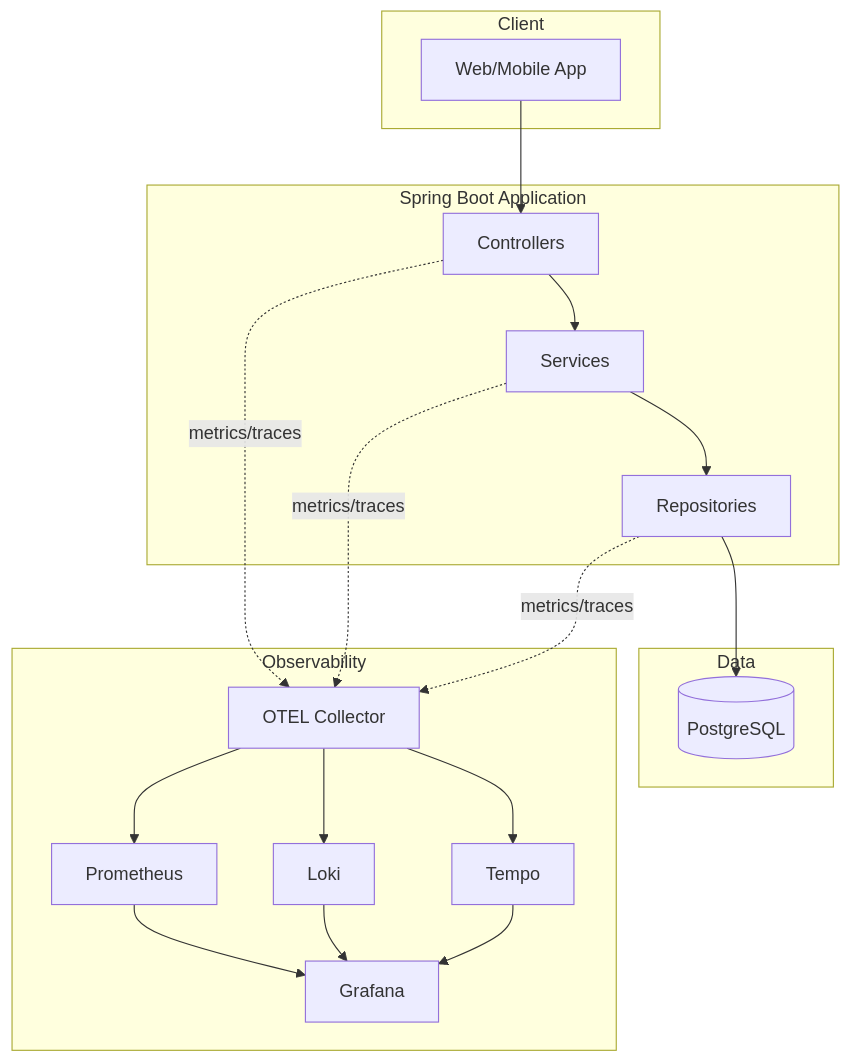
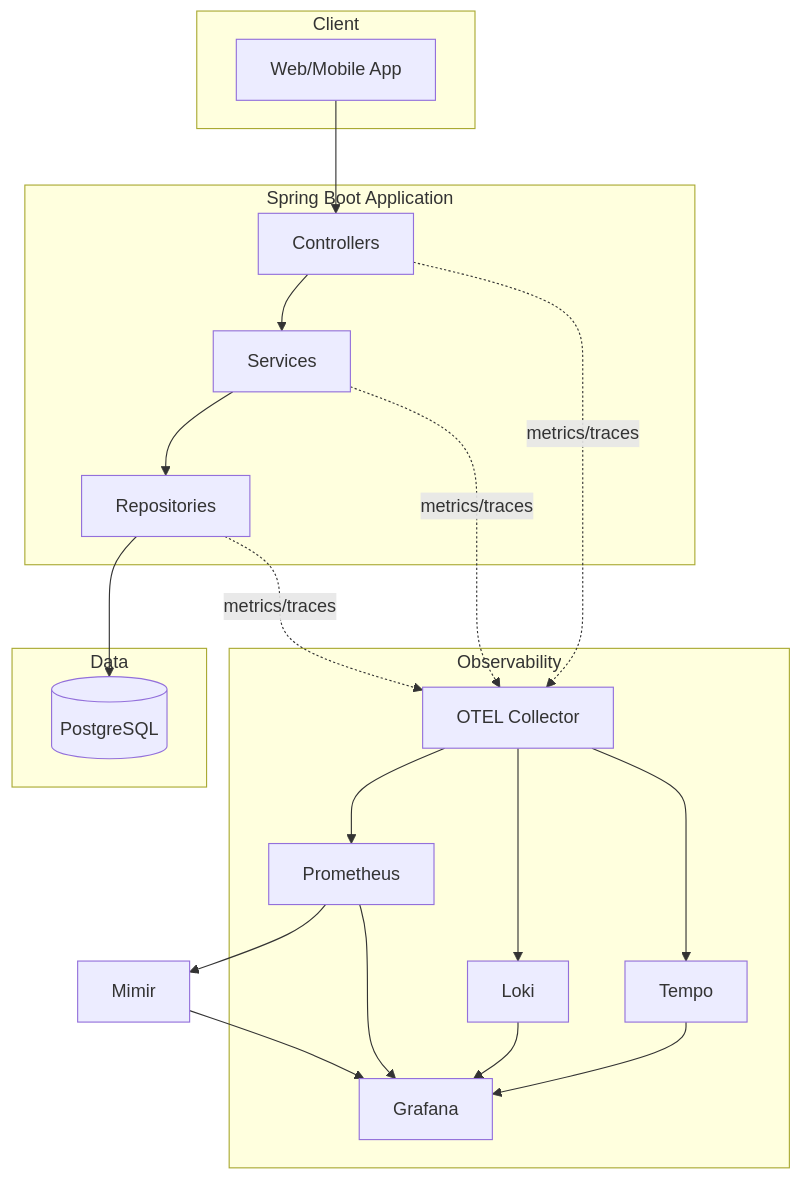
The diagram in README.md (EndianKnight/java-workshop), drawn with Mermaid before and after one commit. The commit also changed other lines of this file and 20 other files, not shown here.

````diff
--- a/README.md
+++ b/README.md
@@ -70,33 +70,34 @@
 ```mermaid
 flowchart TB
     subgraph Client
         A[Web/Mobile App]
     end
     
     subgraph Application["Spring Boot Application"]
         B[Controllers]
         C[Services]
         D[Repositories]
     end
     
     subgraph Data
         E[(PostgreSQL)]
     end
     
     subgraph Observability
         F[OTEL Collector]
         G[Prometheus]
         H[Loki]
         I[Tempo]
         J[Grafana]
     end
     
     A --> B
     B --> C
     C --> D
     D --> E
     
     B & C & D -.->|metrics/traces| F
     F --> G & H & I
-    G & H & I --> J
+    G --> K[Mimir]
+    G & H & I & K --> J
 ```
````
